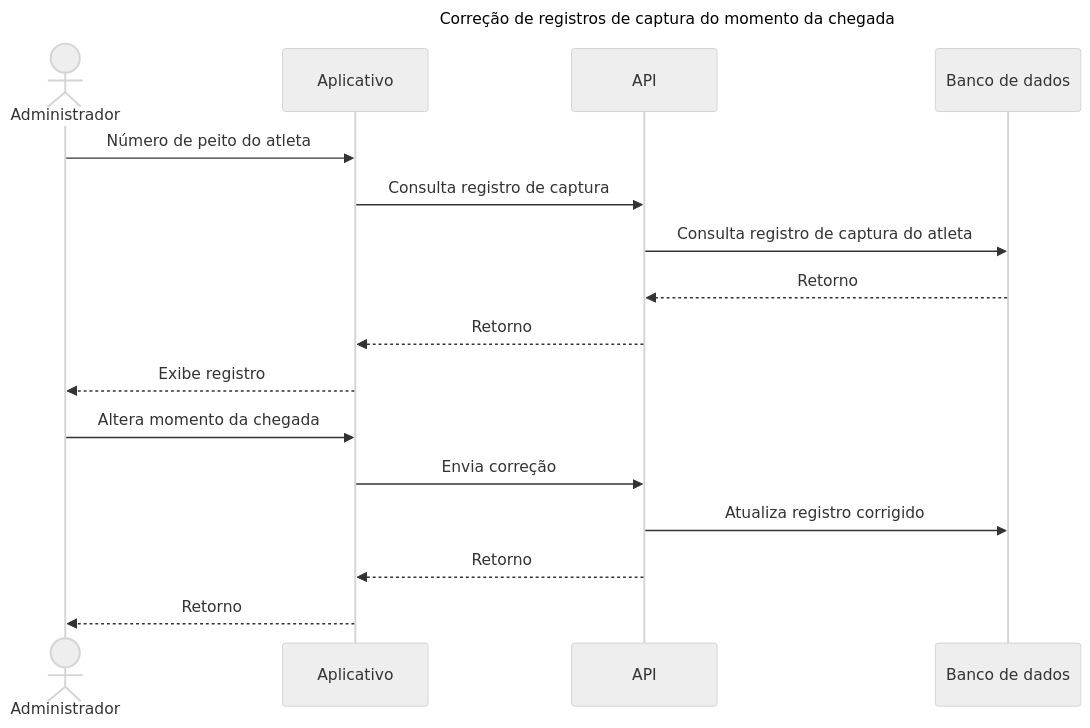
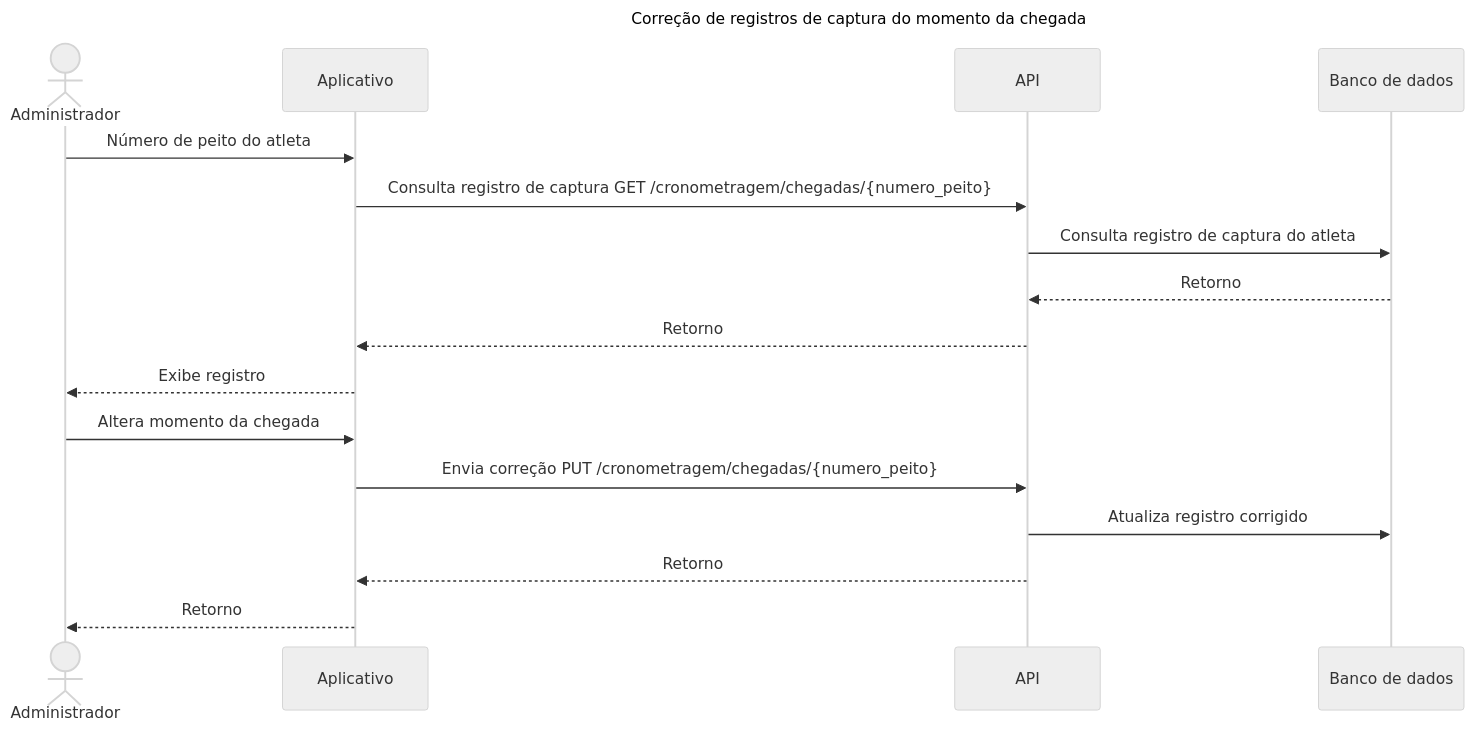
Before and after one commit to brgilsonsp/corrida_familia_piba: the diagram in designer/diagrams/features/fix_capture_moment_arrival.md, drawn with Mermaid (neutral theme). The commit also changed 9 other files, not shown here.

````diff
--- a/designer/diagrams/features/fix_capture_moment_arrival.md
+++ b/designer/diagrams/features/fix_capture_moment_arrival.md
@@ -1,21 +1,21 @@
 ```mermaid
 sequenceDiagram
     title Correção de registros de captura do momento da chegada
 
     actor Admin as Administrador
     participant Aplicativo as Aplicativo
     participant API as API
     participant DB as Banco de dados
 
     Admin->>Aplicativo: Número de peito do atleta
-    Aplicativo->>API: Consulta registro de captura
+    Aplicativo->>API: Consulta registro de captura GET /cronometragem/chegadas/{numero_peito}
     API->>DB: Consulta registro de captura do atleta
     DB-->>API: Retorno
     API-->>Aplicativo: Retorno
     Aplicativo-->>Admin: Exibe registro
     Admin->>Aplicativo: Altera momento da chegada
-    Aplicativo->>API: Envia correção
+    Aplicativo->>API: Envia correção PUT /cronometragem/chegadas/{numero_peito}
     API->>DB: Atualiza registro corrigido
     API-->>Aplicativo: Retorno
     Aplicativo-->>Admin: Retorno
 ```
````
